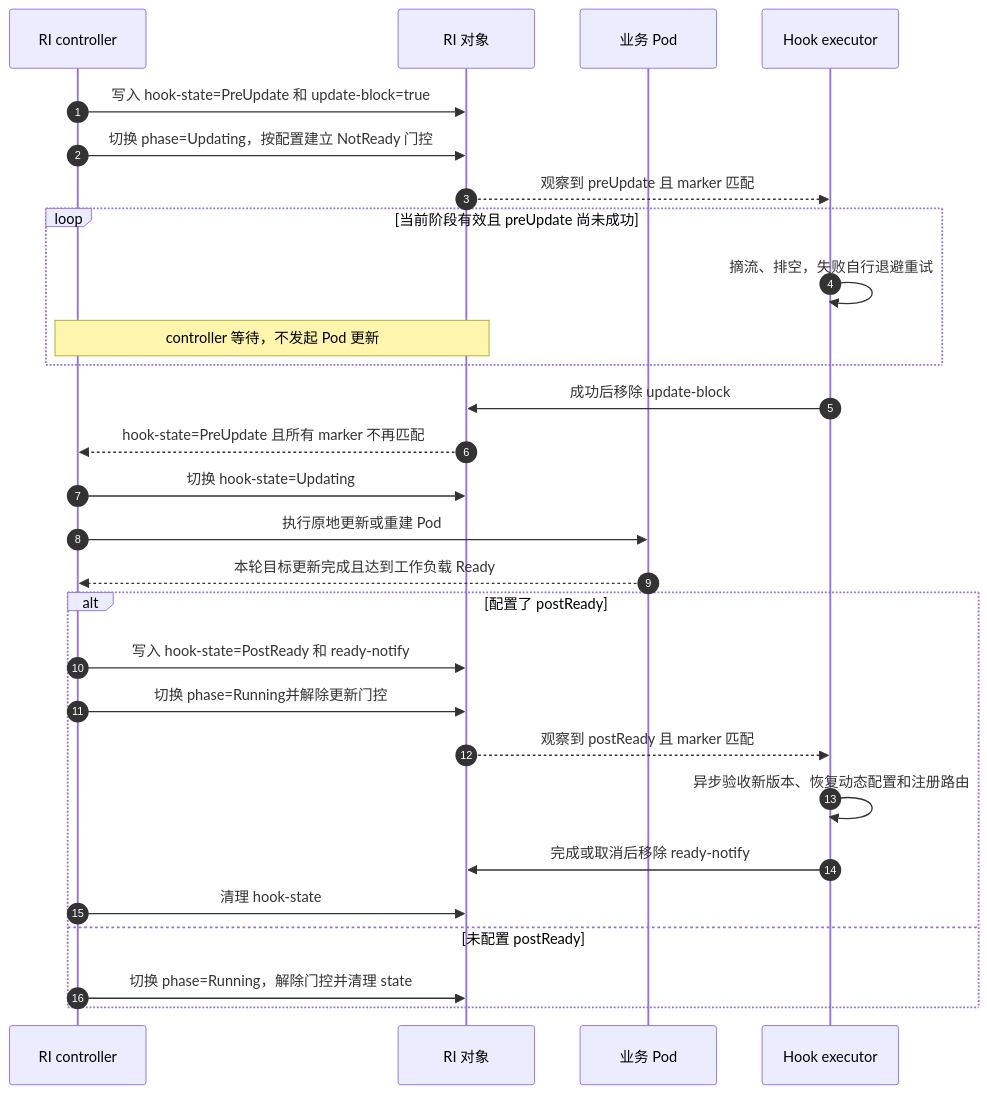
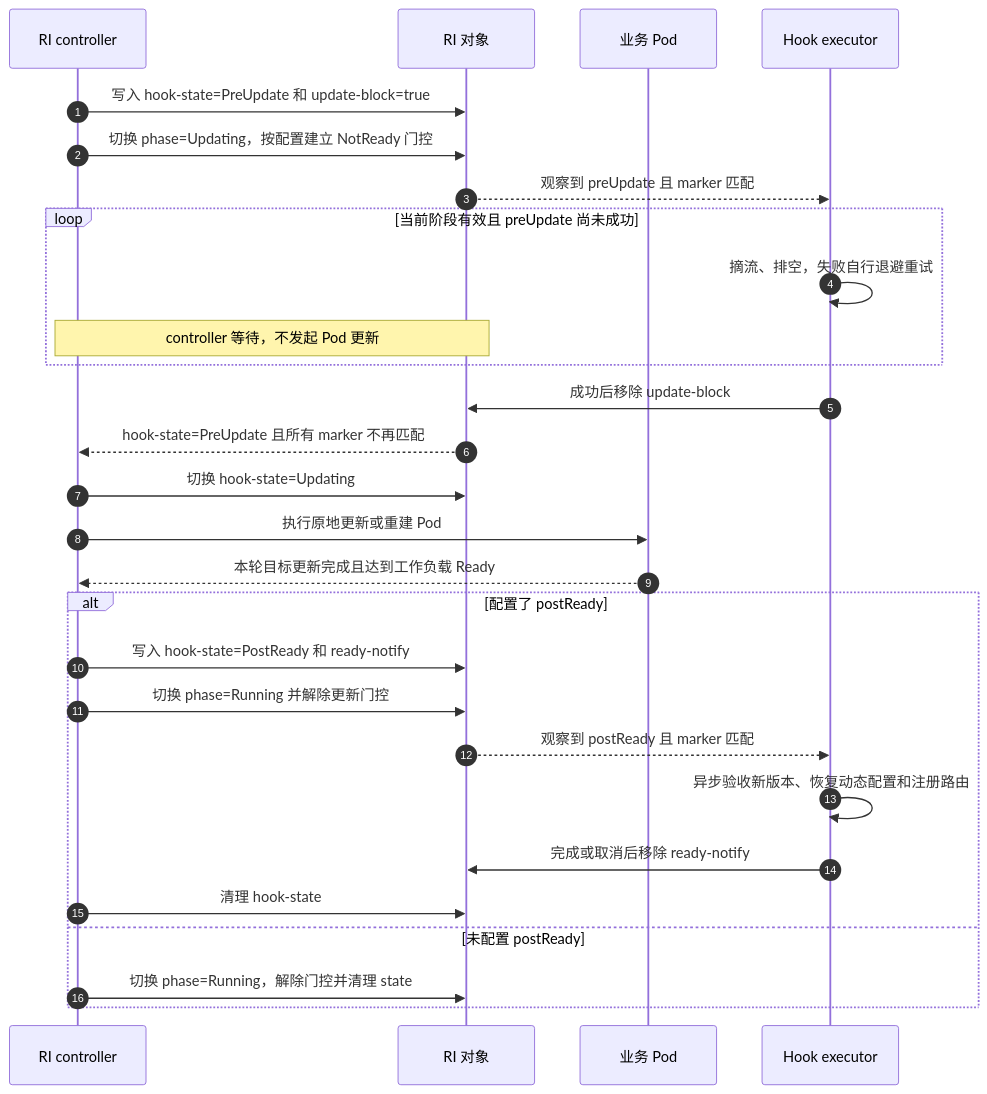
Before and after one commit to sgl-project/rbg: the first of 4 diagrams in keps/527-roleinstance-lifecycle/README.zh-CN.md, drawn with Mermaid. The commit also changed other lines of this file and 1 other file, not shown here.

````diff
--- a/keps/527-roleinstance-lifecycle/README.zh-CN.md
+++ b/keps/527-roleinstance-lifecycle/README.zh-CN.md
@@ -388,30 +391,30 @@
 ```mermaid
 sequenceDiagram
     autonumber
     participant C as RI controller
     participant R as RI 对象
     participant P as 业务 Pod
     participant E as Hook executor
     C->>R: 写入 hook-state=PreUpdate 和 update-block=true
     C->>R: 切换 phase=Updating，按配置建立 NotReady 门控
     R-->>E: 观察到 preUpdate 且 marker 匹配
     loop 当前阶段有效且 preUpdate 尚未成功
         E->>E: 摘流、排空，失败自行退避重试
         Note over C,R: controller 等待，不发起 Pod 更新
     end
     E->>R: 成功后移除 update-block
     R-->>C: hook-state=PreUpdate 且所有 marker 不再匹配
     C->>R: 切换 hook-state=Updating
     C->>P: 执行原地更新或重建 Pod
     P-->>C: 本轮目标更新完成且达到工作负载 Ready
     alt 配置了 postReady
         C->>R: 写入 hook-state=PostReady 和 ready-notify
-        C->>R: 切换 phase=Running并解除更新门控
+        C->>R: 切换 phase=Running 并解除更新门控
         R-->>E: 观察到 postReady 且 marker 匹配
         E->>E: 异步验收新版本、恢复动态配置和注册路由
         E->>R: 完成或取消后移除 ready-notify
         C->>R: 清理 hook-state
     else 未配置 postReady
         C->>R: 切换 phase=Running，解除门控并清理 state
     end
 ```
````
